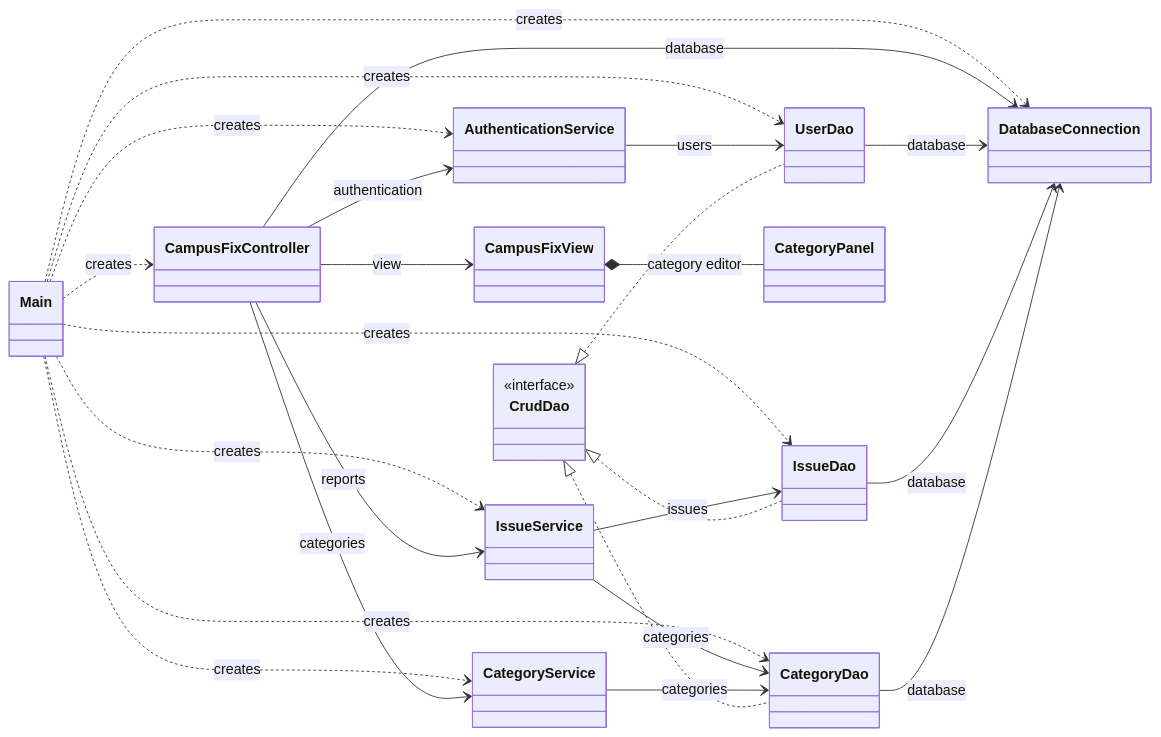
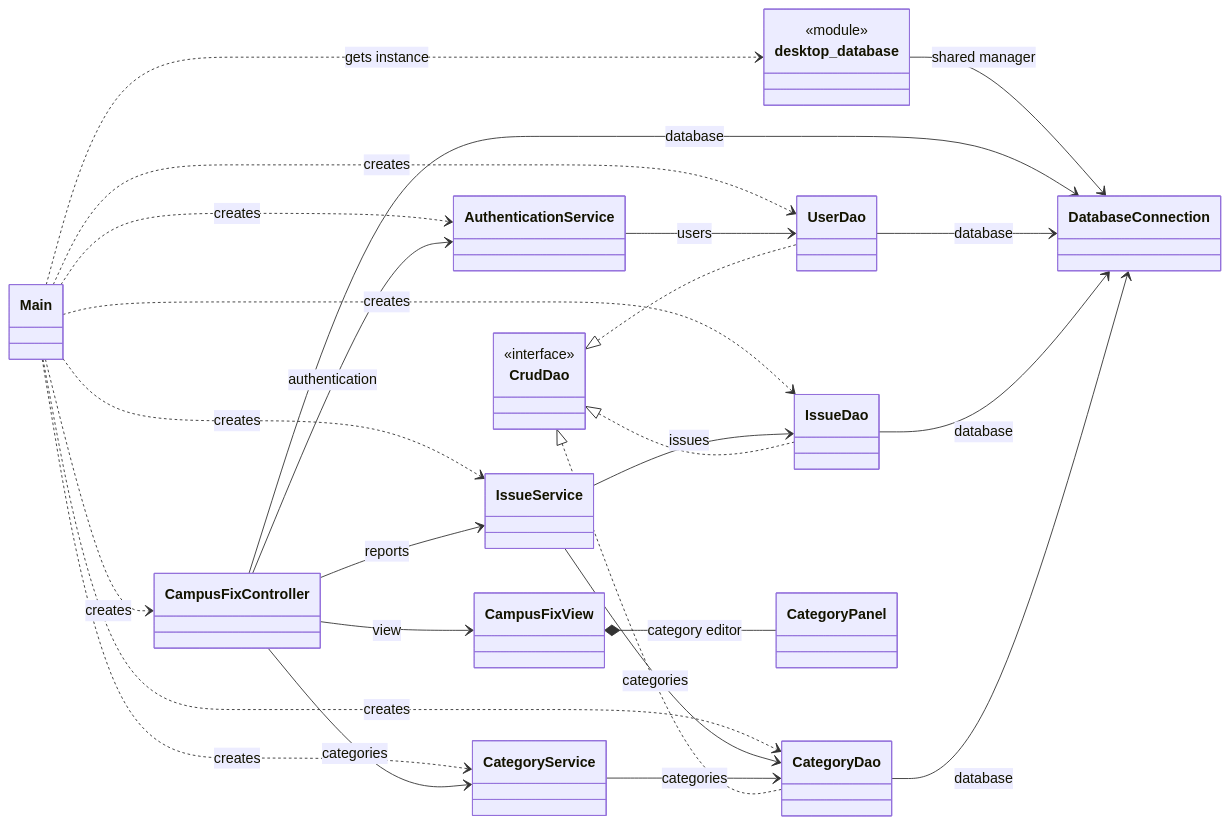
One commit to dfernq/inso-2026-2027-campus-fix changed the diagram in docs/python-desktop.md. Above: the diagram before and after it, drawn with Mermaid. The commit also changed other lines of this file and 4 other files, not shown here.

````diff
--- a/docs/python-desktop.md
+++ b/docs/python-desktop.md
@@ -66,31 +85,35 @@
 ```mermaid
 classDiagram
     direction LR
     class CrudDao {
         <<interface>>
     }
+    class desktop_database {
+        <<module>>
+    }
     Main ..> CampusFixController : creates
-    Main ..> DatabaseConnection : creates
+    Main ..> desktop_database : gets instance
+    desktop_database --> DatabaseConnection : shared manager
     Main ..> AuthenticationService : creates
     Main ..> UserDao : creates
     Main ..> IssueService : creates
     Main ..> IssueDao : creates
     Main ..> CategoryService : creates
     Main ..> CategoryDao : creates
     CampusFixController --> CampusFixView : view
     CampusFixController --> DatabaseConnection : database
     CampusFixController --> AuthenticationService : authentication
     CampusFixController --> IssueService : reports
     CampusFixController --> CategoryService : categories
     CampusFixView *-- CategoryPanel : category editor
     AuthenticationService --> UserDao : users
     IssueService --> IssueDao : issues
     IssueService --> CategoryDao : categories
     CategoryService --> CategoryDao : categories
     UserDao --> DatabaseConnection : database
     IssueDao --> DatabaseConnection : database
     CategoryDao --> DatabaseConnection : database
     CrudDao <|.. UserDao
     CrudDao <|.. IssueDao
     CrudDao <|.. CategoryDao
 ```
````
